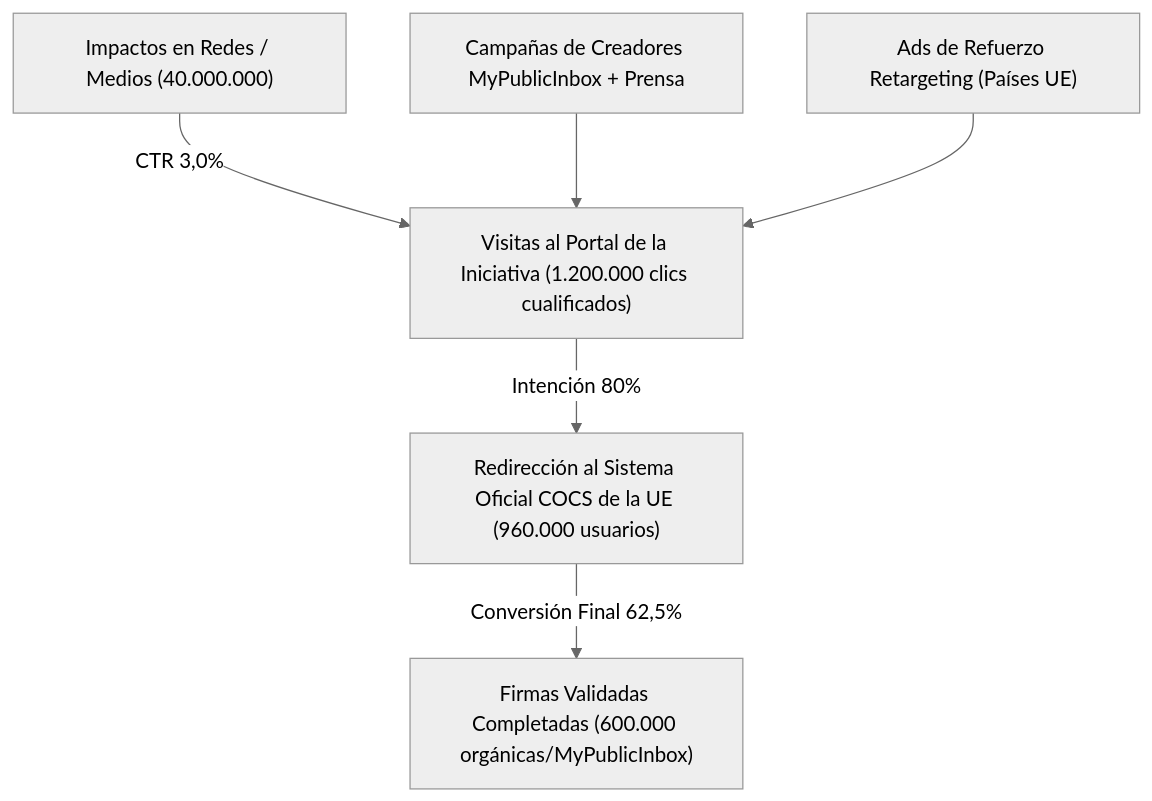
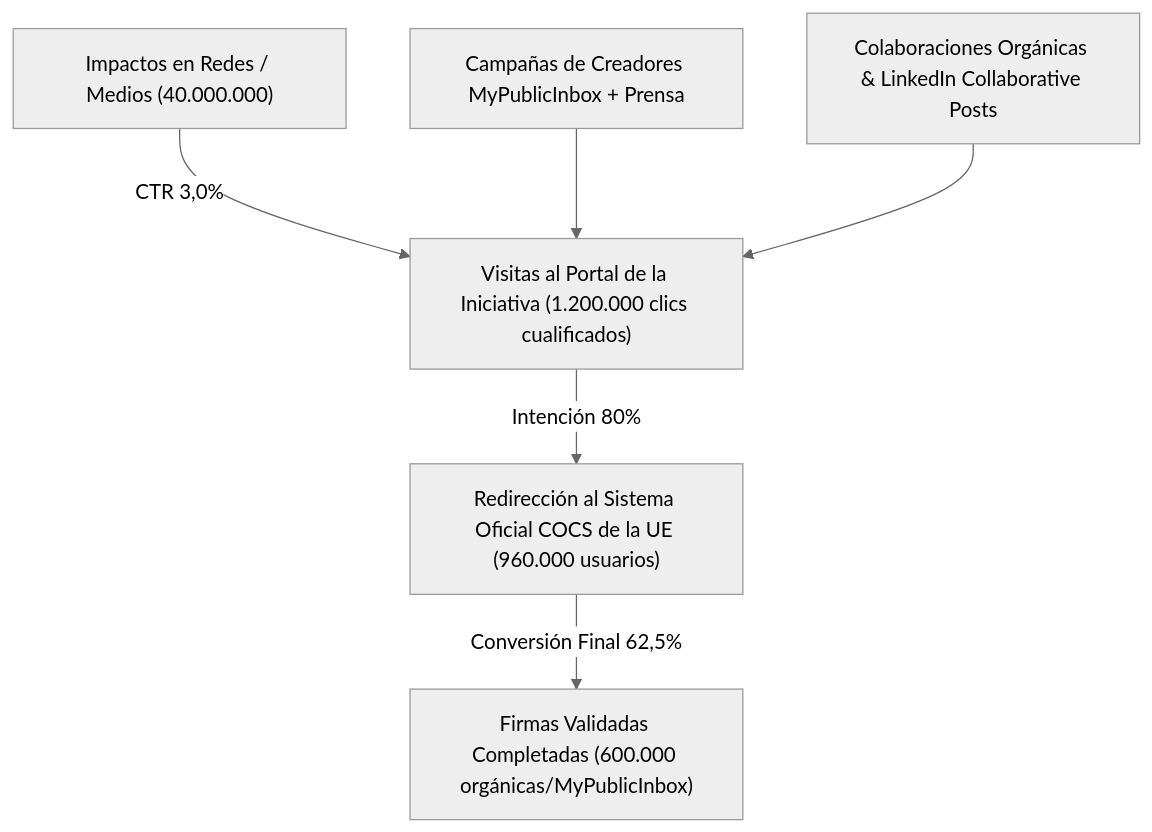
One commit to elswork/Archimedes changed the second of 3 diagrams in wiki/Plan_Cuantificado_Campana_ICE_1M.md. Above: the diagram before and after it, drawn with Mermaid (neutral theme). The commit also changed other lines of this file and 3 other files, not shown here.

````diff
--- a/wiki/Plan_Cuantificado_Campana_ICE_1M.md
+++ b/wiki/Plan_Cuantificado_Campana_ICE_1M.md
@@ -88,9 +89,9 @@
 ```mermaid
 graph TD
     IMP["Impactos en Redes / Medios (40.000.000)"] -->|CTR 3,0%| VIS["Visitas al Portal de la Iniciativa (1.200.000 clics cualificados)"]
     VIS -->|Intención 80%| COCS["Redirección al Sistema Oficial COCS de la UE (960.000 usuarios)"]
     COCS -->|Conversión Final 62,5%| FIRMA["Firmas Validadas Completadas (600.000 orgánicas/MyPublicInbox)"]
     
     PERF["Campañas de Creadores MyPublicInbox + Prensa"] --> VIS
-    ADS["Ads de Refuerzo Retargeting (Países UE)"] --> VIS
+    ADS["Colaboraciones Orgánicas & LinkedIn Collaborative Posts"] --> VIS
 ```
````
